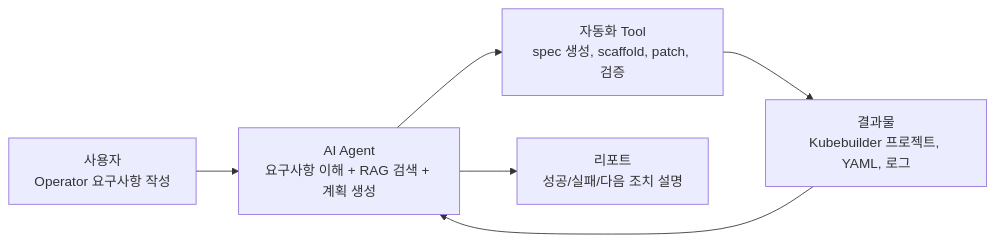
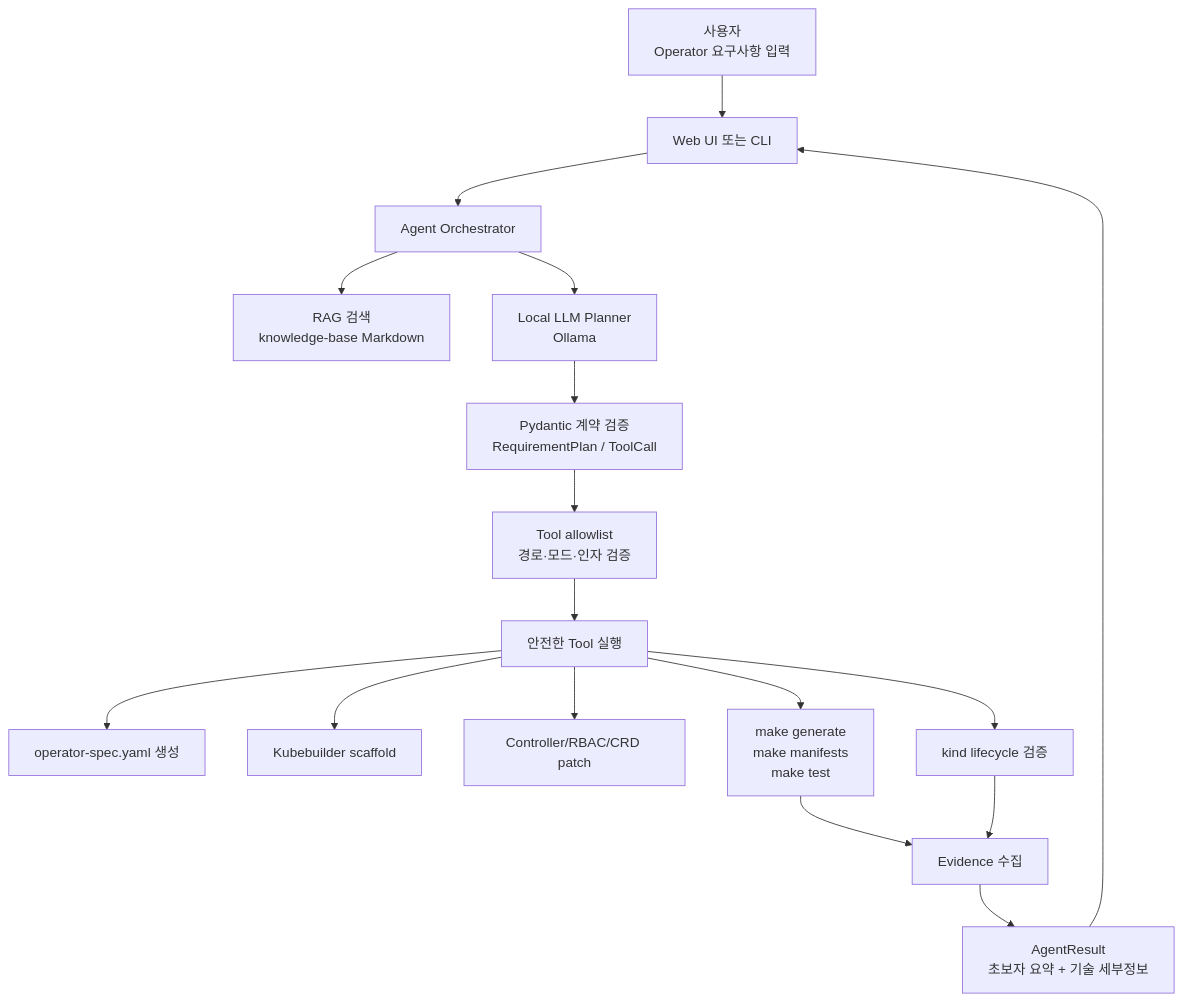
The first of 3 diagrams in README.md (kuashi17/k8sagent), drawn with Mermaid before and after one commit. The commit also changed other lines of this file and 10 other files, not shown here.

````diff
--- a/README.md
+++ b/README.md
@@ -11,8 +35,19 @@
 ```mermaid
-flowchart LR
-    U["사용자<br/>Operator 요구사항 작성"] --> A["AI Agent<br/>요구사항 이해 + RAG 검색 + 계획 생성"]
-    A --> T["자동화 Tool<br/>spec 생성, scaffold, patch, 검증"]
-    T --> O["결과물<br/>Kubebuilder 프로젝트, YAML, 로그"]
-    O --> A
-    A --> R["리포트<br/>성공/실패/다음 조치 설명"]
+flowchart TD
+    U["사용자<br/>Operator 요구사항 입력"] --> W["Web UI 또는 CLI"]
+    W --> A["Agent Orchestrator"]
+    A --> R["RAG 검색<br/>knowledge-base Markdown"]
+    A --> L["Local LLM Planner<br/>Ollama"]
+    L --> C["Pydantic 계약 검증<br/>RequirementPlan / ToolCall"]
+    C --> V["Tool allowlist<br/>경로·모드·인자 검증"]
+    V --> T["안전한 Tool 실행"]
+    T --> S["operator-spec.yaml 생성"]
+    T --> P["Kubebuilder scaffold"]
+    T --> G["Controller/RBAC/CRD patch"]
+    T --> M["make generate<br/>make manifests<br/>make test"]
+    T --> K["kind lifecycle 검증"]
+    M --> E["Evidence 수집"]
+    K --> E
+    E --> O["AgentResult<br/>초보자 요약 + 기술 세부정보"]
+    O --> W
 ```
````
